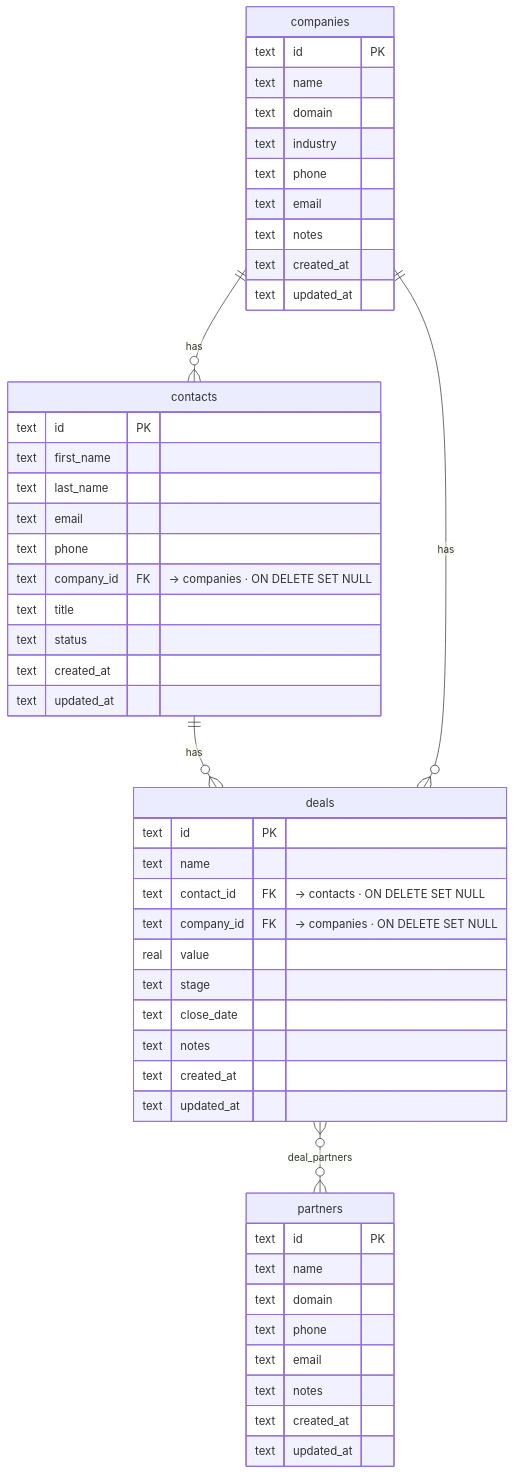
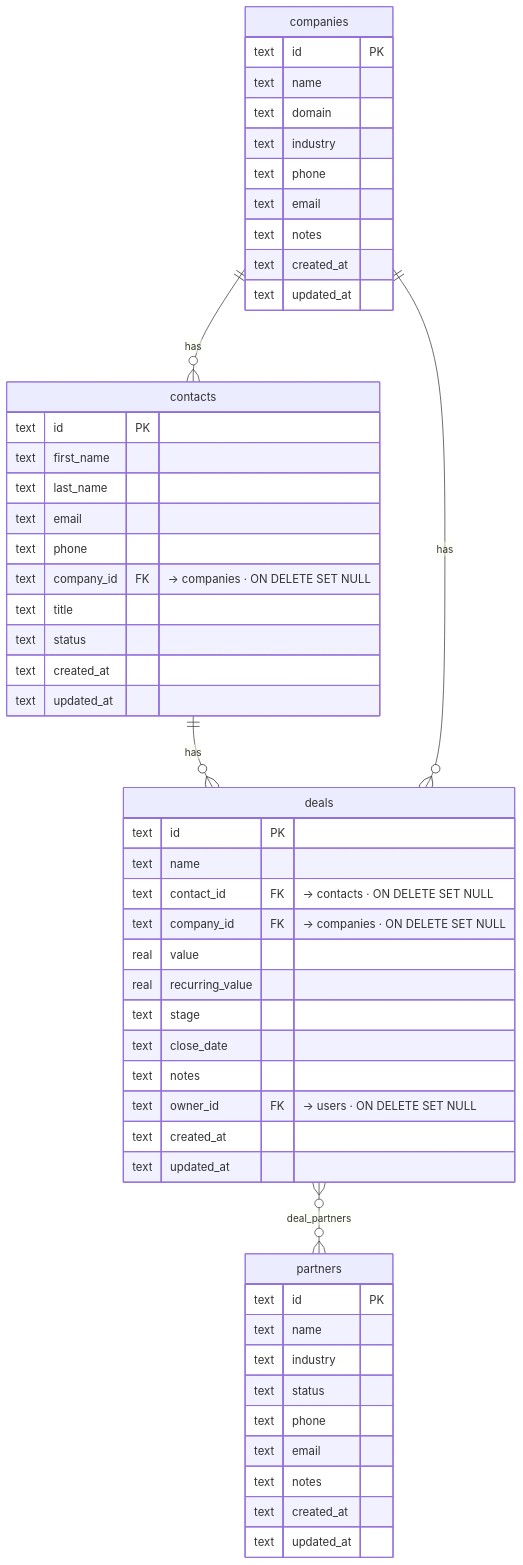
Before and after one commit to franklin83diaz/OpenCRM: the diagram in README.md, drawn with Mermaid. The commit also changed other lines of this file and 37 other files, not shown here.

First line of the commit message:
feat: enhance partner management with status and industry fields

````diff
--- a/README.md
+++ b/README.md
@@ -187,53 +187,56 @@
 ```mermaid
 erDiagram
     companies ||--o{ contacts : "has"
     contacts  ||--o{ deals    : "has"
     companies ||--o{ deals    : "has"
     deals     }o--o{ partners : "deal_partners"
 
     companies {
         text id PK
         text name
         text domain
         text industry
         text phone
         text email
         text notes
         text created_at
         text updated_at
     }
     contacts {
         text id PK
         text first_name
         text last_name
         text email
         text phone
         text company_id FK "→ companies · ON DELETE SET NULL"
         text title
         text status
         text created_at
         text updated_at
     }
     deals {
         text id PK
         text name
         text contact_id FK "→ contacts · ON DELETE SET NULL"
         text company_id FK "→ companies · ON DELETE SET NULL"
         real value
+        real recurring_value
         text stage
         text close_date
         text notes
+        text owner_id FK "→ users · ON DELETE SET NULL"
         text created_at
         text updated_at
     }
     partners {
         text id PK
         text name
-        text domain
+        text industry
+        text status
         text phone
         text email
         text notes
         text created_at
         text updated_at
     }
 ```
````
